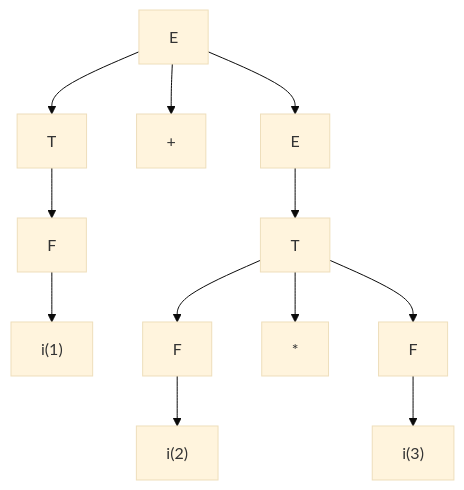
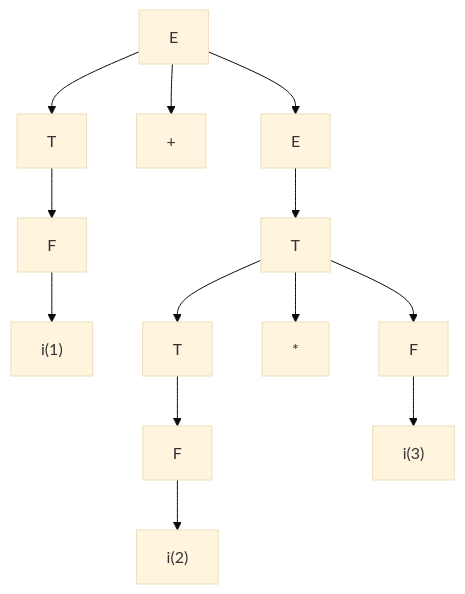
The ninth of 11 diagrams in docs/syntax_analysis.md (50054-cdpa/notes), drawn with Mermaid (base theme) before and after one commit.

Commit message:
fixed the left-recursive example parse tree

````diff
--- a/docs/syntax_analysis.md
+++ b/docs/syntax_analysis.md
@@ -499,15 +499,16 @@
 ```mermaid
 graph
   E-->T1["T"]
   E-->+ 
   E-->E1["E"] 
   T1-->F1["F"]
   F1-->i1["i(1)"]
   E1-->T2["T"]
-  T2-->F2["F"]
+  T2-->T3["T"]
+  T3-->F2["F"]
   F2-->i2["i(2)"]
   T2-->*
   T2-->F3["F"]
   F3-->i3["i(3)"]
   ;
 ```
````
